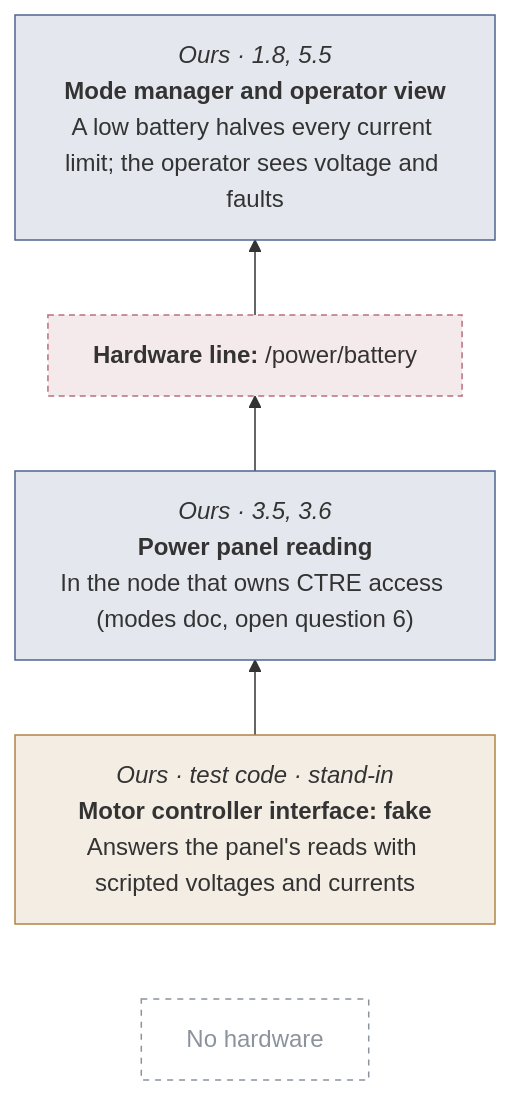
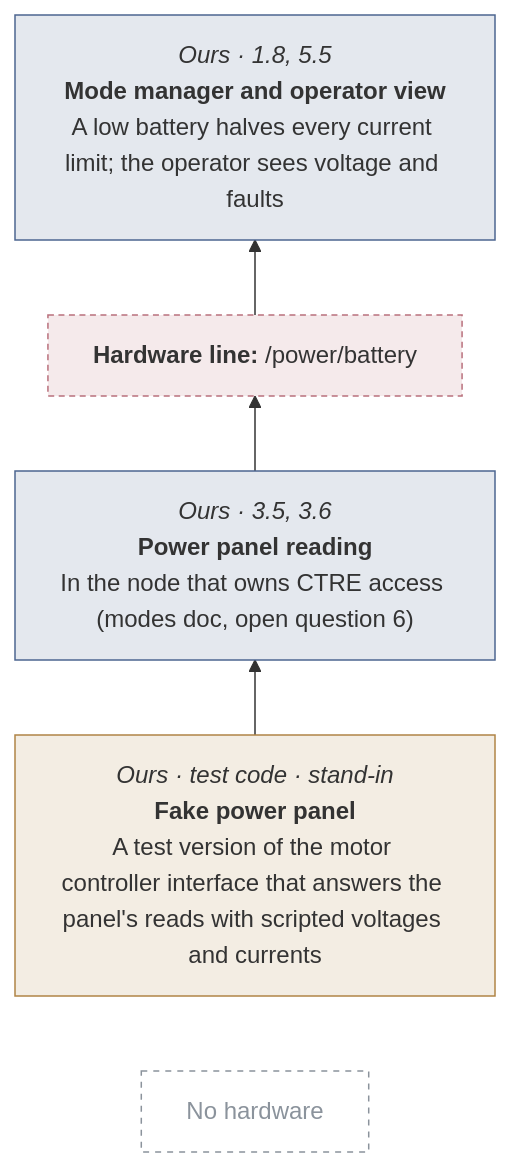
The tenth of 30 diagrams in docs/design/hardware-test-modes.md (STAR-Robotics-Team/starrt-luna-software), drawn with Mermaid before and after one commit. The commit also changed other lines of this file and 4 other files, not shown here.

First line of the commit message:
Say which controller, and tell stubs from fake motor controllers apart

````diff
--- a/docs/design/hardware-test-modes.md
+++ b/docs/design/hardware-test-modes.md
@@ -570,33 +577,33 @@
 ```mermaid
 ---
 config:
   flowchart:
     wrappingWidth: 260
 ---
 flowchart BT
   b1["`*Ours · 1.8, 5.5*
 **Mode manager and operator view**
 A low battery halves every current limit; the operator sees voltage and faults`"]
   line2["`**Hardware line:** /power/battery`"]
   b3["`*Ours · 3.5, 3.6*
 **Power panel reading**
 In the node that owns CTRE access (modes doc, open question 6)`"]
   b4["`*Ours · test code · stand-in*
-**Motor controller interface: fake**
-Answers the panel's reads with scripted voltages and currents`"]
+**Fake power panel**
+A test version of the motor controller interface that answers the panel's reads with scripted voltages and currents`"]
   none5["No hardware"]
   line2 --> b1
   b3 --> line2
   b4 --> b3
   none5 ~~~ b4
   classDef ours fill:#4c669026,stroke:#4c6690
   classDef ros fill:#8b939c1f,stroke:#8b939c
   classDef stand fill:#b0844526,stroke:#b08445
   classDef hw fill:#4a725926,stroke:#4a7259
   classDef hwline fill:#b9707c26,stroke:#b9707c,stroke-dasharray:4 3
   classDef ghost fill:none,stroke:#8b939c,stroke-dasharray:4 4,color:#8b939c
   class b1,b3 ours
   class line2 hwline
   class b4 stand
   class none5 ghost
 ```
````
